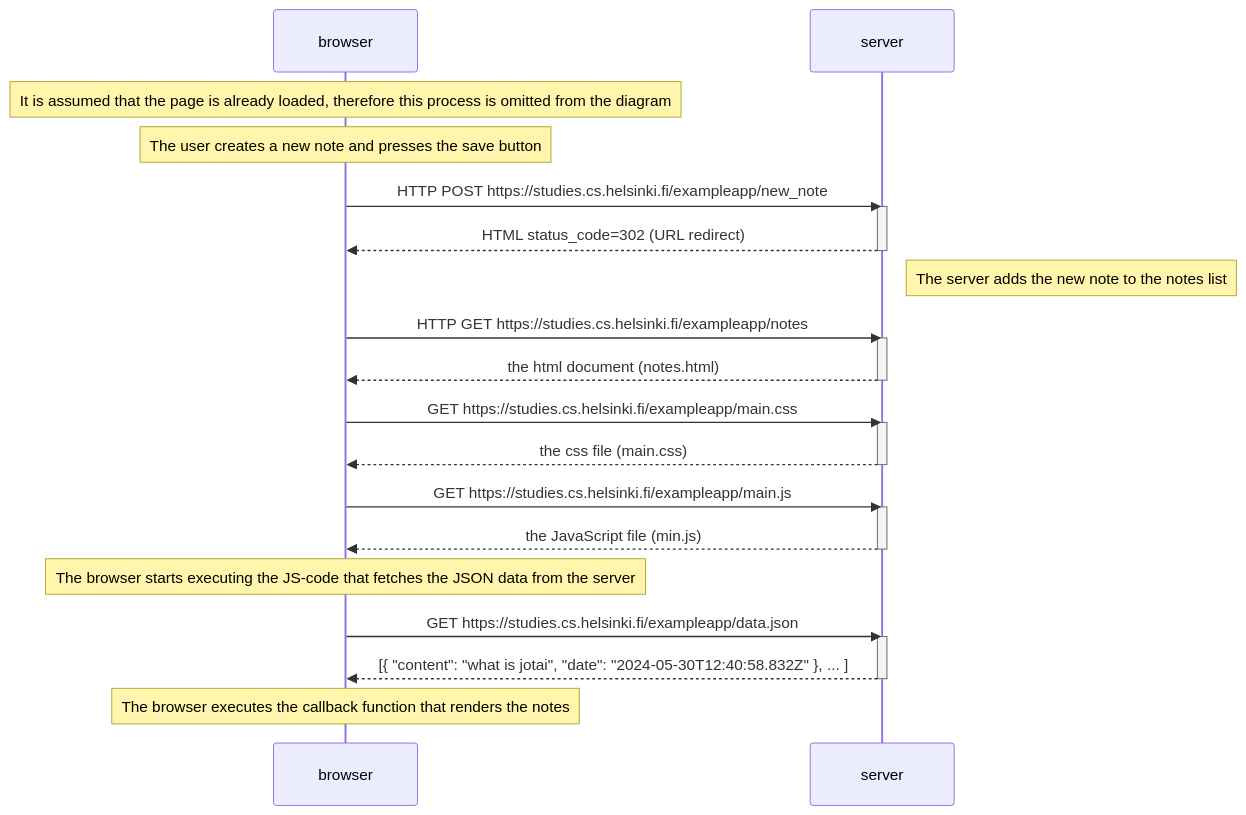
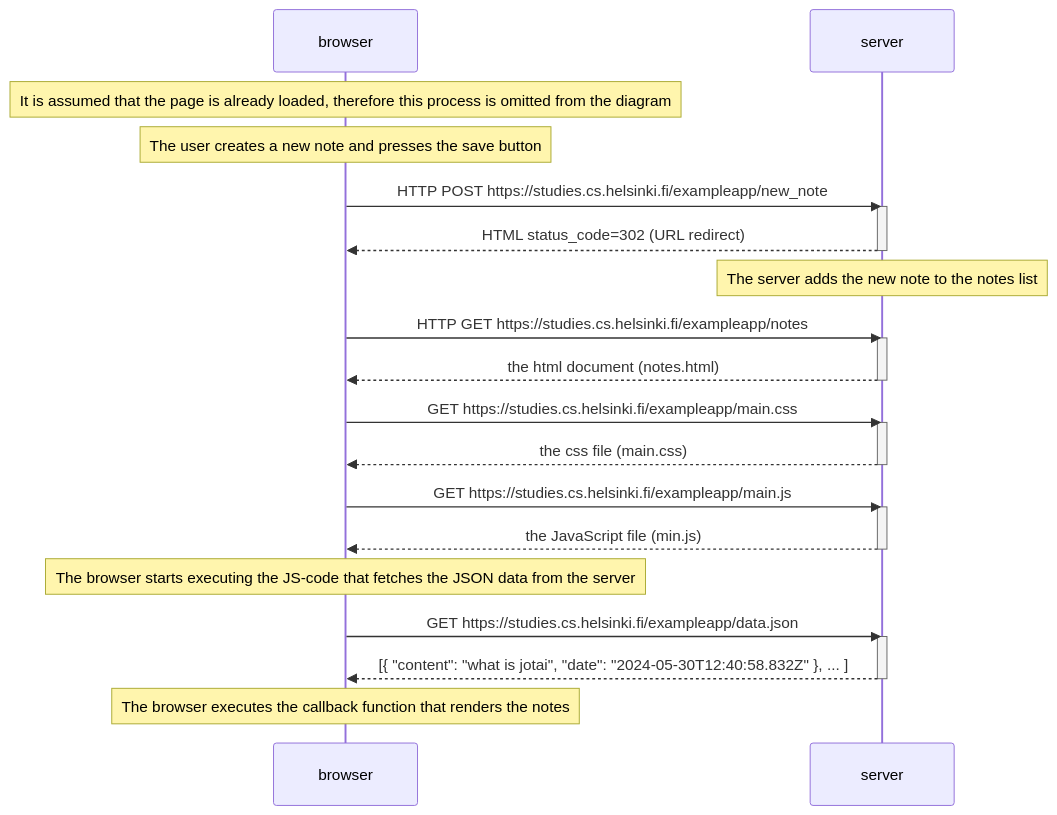
One commit to Sebasvasquezz/Fullstack_Exercises changed the diagram in Part 0/0.4_Nuevo_diagrama_de_nota.md. Above: the diagram before and after it, drawn with Mermaid.

````diff
--- a/Part 0/0.4_Nuevo_diagrama_de_nota.md
+++ b/Part 0/0.4_Nuevo_diagrama_de_nota.md
@@ -1,39 +1,39 @@
 ```mermaid
 sequenceDiagram
     participant browser
     participant server
 
     Note over browser: It is assumed that the page is already loaded, therefore this process is omitted from the diagram
     Note over browser: The user creates a new note and presses the save button
 
     browser->>server: HTTP POST https://studies.cs.helsinki.fi/exampleapp/new_note
     activate server
     server-->>browser: HTML status_code=302 (URL redirect)
     deactivate server
 
-    Note right of server: The server adds the new note to the notes list
+    Note over server: The server adds the new note to the notes list
 
     browser->>server: HTTP GET https://studies.cs.helsinki.fi/exampleapp/notes
     activate server
     server-->>browser: the html document (notes.html)
     deactivate server
 
     browser->>server: GET https://studies.cs.helsinki.fi/exampleapp/main.css
     activate server
     server-->>browser: the css file (main.css)
     deactivate server
 
     browser->>server: GET https://studies.cs.helsinki.fi/exampleapp/main.js
     activate server
     server-->>browser: the JavaScript file (min.js)
     deactivate server
 
     Note over browser: The browser starts executing the JS-code that fetches the JSON data from the server
 
     browser->>server: GET https://studies.cs.helsinki.fi/exampleapp/data.json
     activate server
     server-->>browser: [{ "content": "what is jotai", "date": "2024-05-30T12:40:58.832Z" }, ... ]
     deactivate server
 
     Note over browser: The browser executes the callback function that renders the notes
 ```
````
